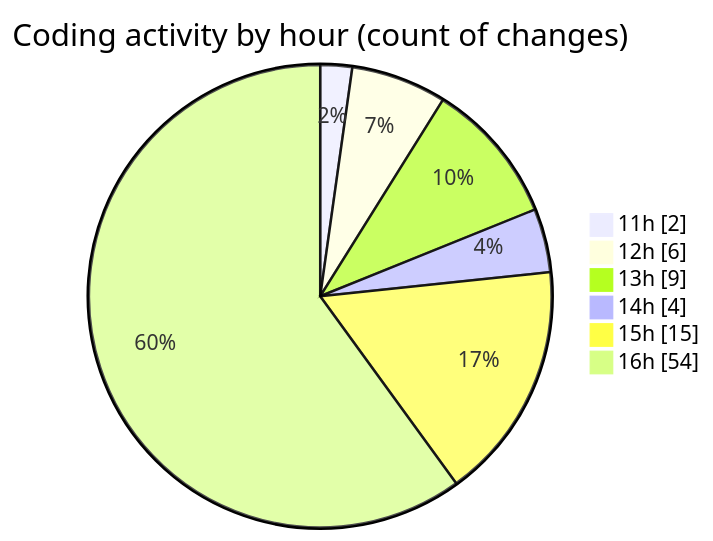
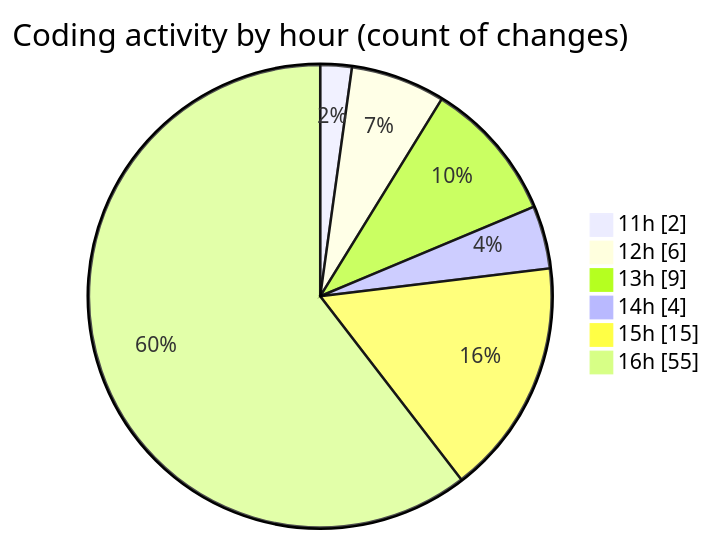
One commit to nxtqubesakshisongat/code-tracking changed the second of 2 diagrams in 2025-06-30/argos/README.md. Above: the diagram before and after it, drawn with Mermaid. The commit also changed other lines of this file and 1 other file, not shown here.

````diff
--- a/2025-06-30/argos/README.md
+++ b/2025-06-30/argos/README.md
@@ -34,10 +34,10 @@
 ```mermaid
 pie showData
 title Coding activity by hour (count of changes)
 "11h" : 2
 "12h" : 6
 "13h" : 9
 "14h" : 4
 "15h" : 15
-"16h" : 54
+"16h" : 55
 ```
````
